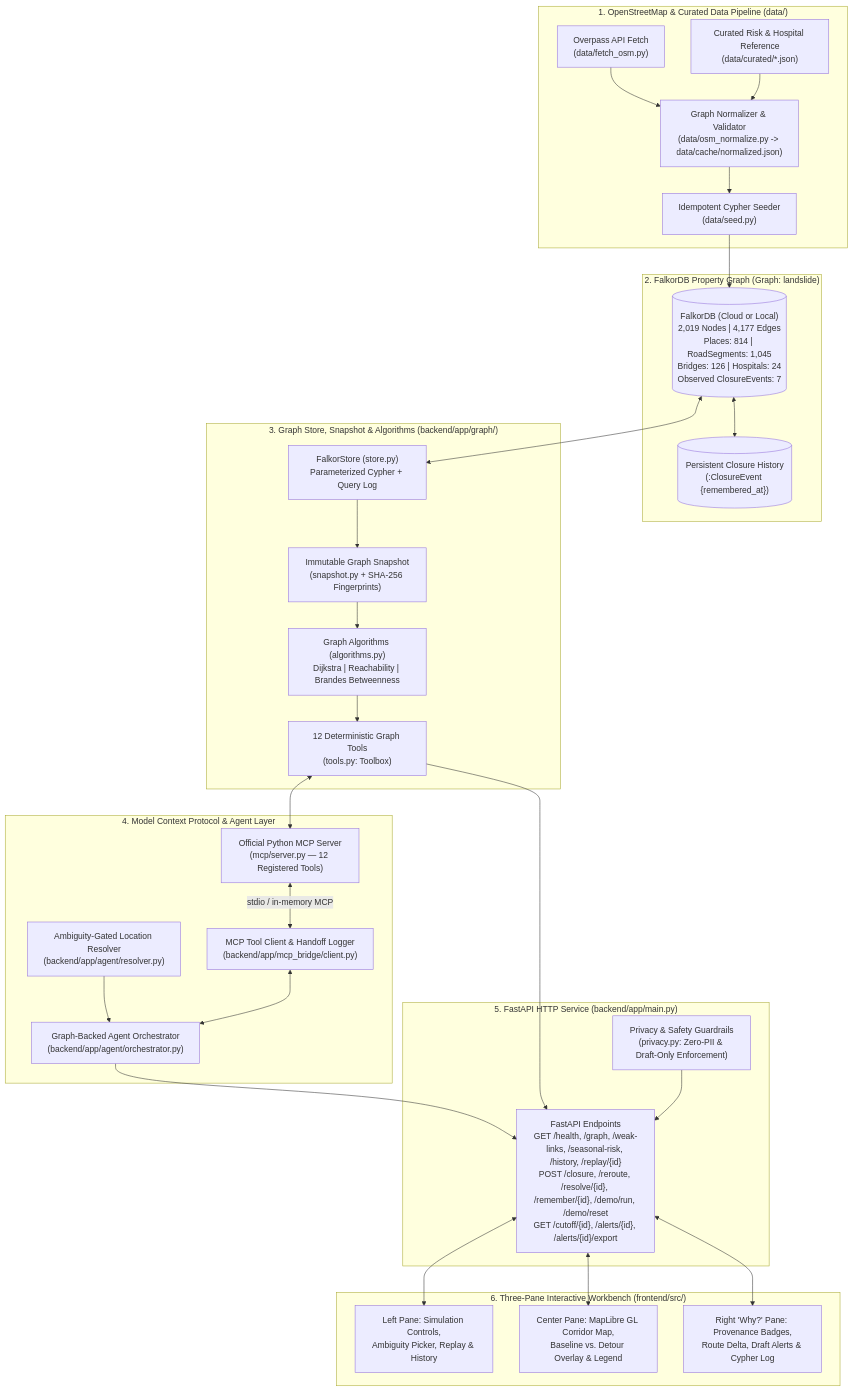
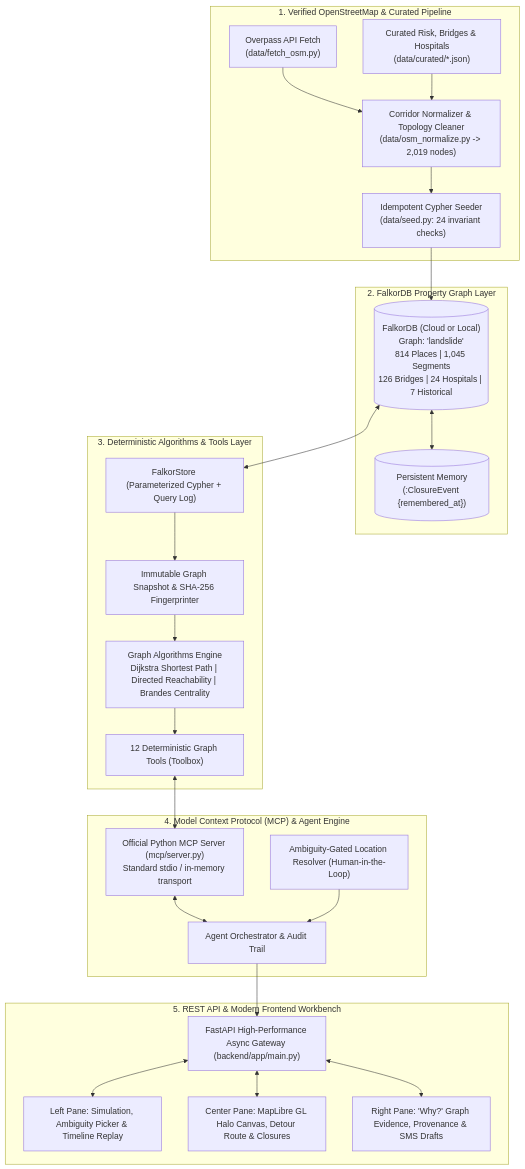
Before and after one commit to NOBA235/LS-Router: the diagram in Ls-Router/README.md, drawn with Mermaid. The commit also changed other lines of this file and 3 other files, not shown here.

````diff
--- a/Ls-Router/README.md
+++ b/Ls-Router/README.md
@@ -27,58 +51,50 @@
 ```mermaid
 flowchart TB
-    subgraph DataLayer["1. OpenStreetMap & Curated Data Pipeline (data/)"]
+    subgraph DataPipeline["1. Verified OpenStreetMap & Curated Pipeline"]
         OSM["Overpass API Fetch\n(data/fetch_osm.py)"]
-        CUR["Curated Risk & Hospital Reference\n(data/curated/*.json)"]
-        NORM["Graph Normalizer & Validator\n(data/osm_normalize.py -> data/cache/normalized.json)"]
-        SEED["Idempotent Cypher Seeder\n(data/seed.py)"]
+        CUR["Curated Risk, Bridges & Hospitals\n(data/curated/*.json)"]
+        NORM["Corridor Normalizer & Topology Cleaner\n(data/osm_normalize.py -> 2,019 nodes)"]
+        SEED["Idempotent Cypher Seeder\n(data/seed.py: 24 invariant checks)"]
         OSM --> NORM
         CUR --> NORM
         NORM --> SEED
     end
 
-    subgraph GraphDB["2. FalkorDB Property Graph (Graph: landslide)"]
-        FALKOR[("FalkorDB (Cloud or Local)\n2,019 Nodes | 4,177 Edges\nPlaces: 814 | RoadSegments: 1,045\nBridges: 126 | Hospitals: 24\nObserved ClosureEvents: 7")]
-        HIST[("Persistent Closure History\n(:ClosureEvent {remembered_at})")]
+    subgraph GraphEngine["2. FalkorDB Property Graph Layer"]
+        FALKOR[("FalkorDB (Cloud or Local)\nGraph: 'landslide'\n814 Places | 1,045 Segments\n126 Bridges | 24 Hospitals | 7 Historical")]
+        HIST[("Persistent Memory\n(:ClosureEvent {remembered_at})")]
         SEED --> FALKOR
         FALKOR <--> HIST
     end
 
-    subgraph CoreEngine["3. Graph Store, Snapshot & Algorithms (backend/app/graph/)"]
-        STORE["FalkorStore (store.py)\nParameterized Cypher + Query Log"]
-        SNAP["Immutable Graph Snapshot\n(snapshot.py + SHA-256 Fingerprints)"]
-        ALGO["Graph Algorithms (algorithms.py)\nDijkstra | Reachability | Brandes Betweenness"]
-        TOOLS["12 Deterministic Graph Tools\n(tools.py: Toolbox)"]
+    subgraph CorePlatform["3. Deterministic Algorithms & Tools Layer"]
+        STORE["FalkorStore (Parameterized Cypher + Query Log)"]
+        SNAP["Immutable Graph Snapshot & SHA-256 Fingerprinter"]
+        ALGO["Graph Algorithms Engine\nDijkstra Shortest Path | Directed Reachability | Brandes Centrality"]
+        TOOLS["12 Deterministic Graph Tools (Toolbox)"]
         FALKOR <--> STORE
         STORE --> SNAP
         SNAP --> ALGO
         ALGO --> TOOLS
     end
 
-    subgraph MCPLayer["4. Model Context Protocol & Agent Layer"]
-        MCPSRV["Official Python MCP Server\n(mcp/server.py — 12 Registered Tools)"]
-        MCPCLI["MCP Tool Client & Handoff Logger\n(backend/app/mcp_bridge/client.py)"]
-        RES["Ambiguity-Gated Location Resolver\n(backend/app/agent/resolver.py)"]
-        ORCH["Graph-Backed Agent Orchestrator\n(backend/app/agent/orchestrator.py)"]
+    subgraph MCPAgent["4. Model Context Protocol (MCP) & Agent Engine"]
+        MCPSRV["Official Python MCP Server (mcp/server.py)\nStandard stdio / in-memory transport"]
+        RESOLV["Ambiguity-Gated Location Resolver (Human-in-the-Loop)"]
+        ORCH["Agent Orchestrator & Audit Trail"]
         TOOLS <--> MCPSRV
-        MCPSRV <-->|"stdio / in-memory MCP"| MCPCLI
-        RES --> ORCH
-        MCPCLI <--> ORCH
+        MCPSRV <--> ORCH
+        RESOLV --> ORCH
     end
 
-    subgraph APILayer["5. FastAPI HTTP Service (backend/app/main.py)"]
-        API["FastAPI Endpoints\nGET /health, /graph, /weak-links, /seasonal-risk, /history, /replay/{id}\nPOST /closure, /reroute, /resolve/{id}, /remember/{id}, /demo/run, /demo/reset\nGET /cutoff/{id}, /alerts/{id}, /alerts/{id}/export"]
-        PRIV["Privacy & Safety Guardrails\n(privacy.py: Zero-PII & Draft-Only Enforcement)"]
+    subgraph DeliveryLayer["5. REST API & Modern Frontend Workbench"]
+        API["FastAPI High-Performance Async Gateway (backend/app/main.py)"]
+        LEFT["Left Pane: Simulation, Ambiguity Picker & Timeline Replay"]
+        CENTER["Center Pane: MapLibre GL Halo Canvas, Detour Route & Closures"]
+        RIGHT["Right Pane: 'Why?' Graph Evidence, Provenance & SMS Drafts"]
+        API <--> LEFT
+        API <--> CENTER
+        API <--> RIGHT
         ORCH --> API
-        TOOLS --> API
-        PRIV --> API
-    end
-
-    subgraph UILayer["6. Three-Pane Interactive Workbench (frontend/src/)"]
-        LEFT["Left Pane: Simulation Controls,\nAmbiguity Picker, Replay & History"]
-        MAP["Center Pane: MapLibre GL Corridor Map,\nBaseline vs. Detour Overlay & Legend"]
-        RIGHT["Right 'Why?' Pane: Provenance Badges,\nRoute Delta, Draft Alerts & Cypher Log"]
-        API <--> LEFT
-        API <--> MAP
-        API <--> RIGHT
     end
 ```
````
